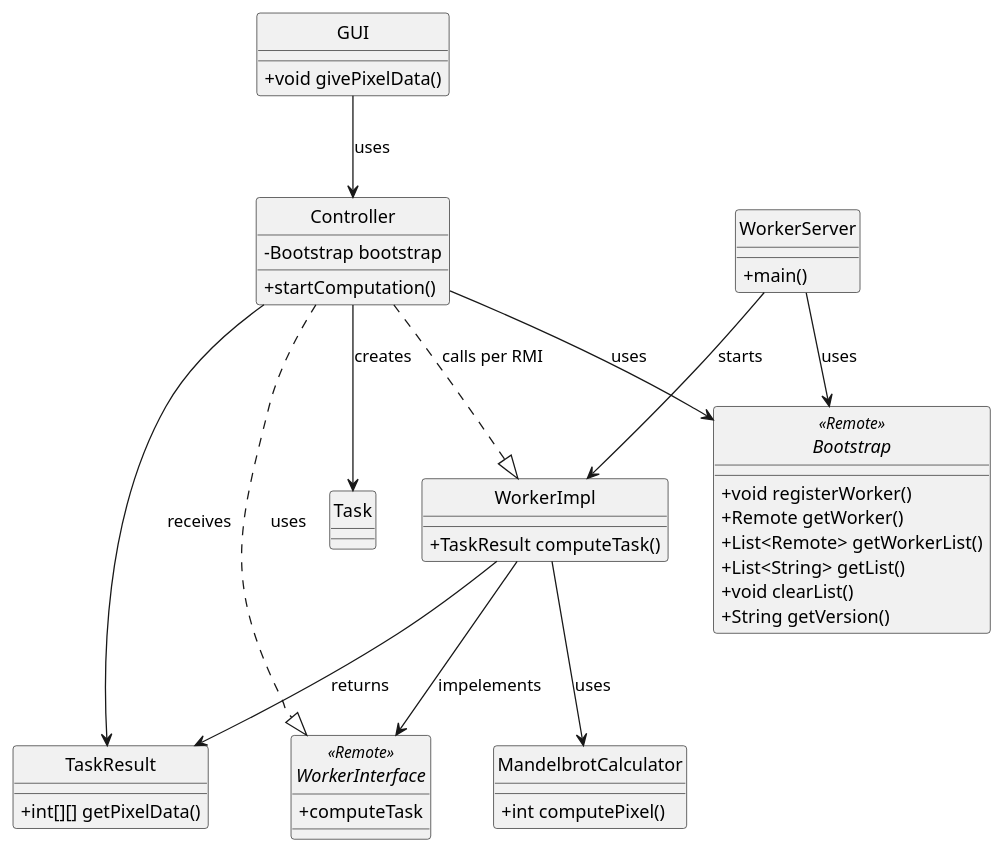
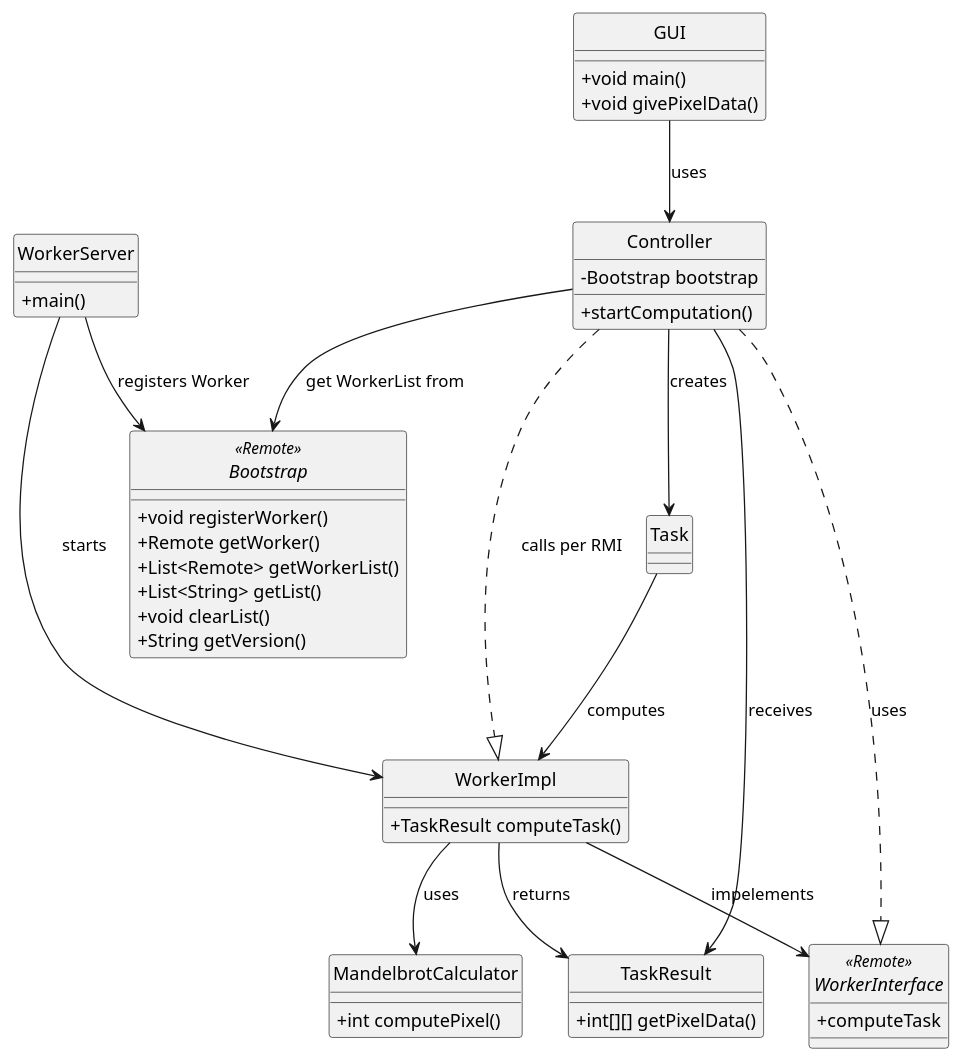
Before and after one commit to HTWDD-RN/vs-Beleg-ATEG: the diagram in UML_Klassendiagramm.puml, drawn with PlantUML.

Commit message:
Klassen diagramm ergänzt

```diff
--- a/UML_Klassendiagramm.puml
+++ b/UML_Klassendiagramm.puml
@@ -1,54 +1,56 @@
 @startuml
 skinparam style strictuml
 skinparam classAttributeIconSize 0
 
 ' Interfaces
 interface WorkerInterface <<Remote>>{
     +computeTask
     }
 interface Bootstrap <<Remote>> {
     +void registerWorker()
     +Remote getWorker()
     +List<Remote> getWorkerList()
     +List<String> getList()
     +void clearList()
     +String getVersion()
 }
 
 ' Klassen
 class GUI {
+    +void main()
     +void givePixelData()
 }
 class Controller{    
     -Bootstrap bootstrap
     +startComputation()
     }
 class MandelbrotCalculator{
     +int computePixel()
 }
 class WorkerImpl{
     +TaskResult computeTask()
 }
 class WorkerServer{
     +main()
 }
 class Task 
 
 class TaskResult {
     +int[][] getPixelData()
 }
 
 ' Beziehungen
 
 GUI --> Controller : uses
-Controller --> Bootstrap : uses
+Controller --> Bootstrap : get WorkerList from
 Controller ..|> WorkerInterface : uses
 Controller ..|> WorkerImpl : calls per RMI
 Controller --> Task : creates
 Controller --> TaskResult : receives
 WorkerImpl --> WorkerInterface : impelements
 WorkerImpl --> MandelbrotCalculator : uses
-WorkerServer -->Bootstrap : uses
+WorkerServer -->Bootstrap : registers Worker
 WorkerServer --> WorkerImpl : starts
 WorkerImpl --> TaskResult : returns
+Task --> WorkerImpl : computes
 @enduml
```
